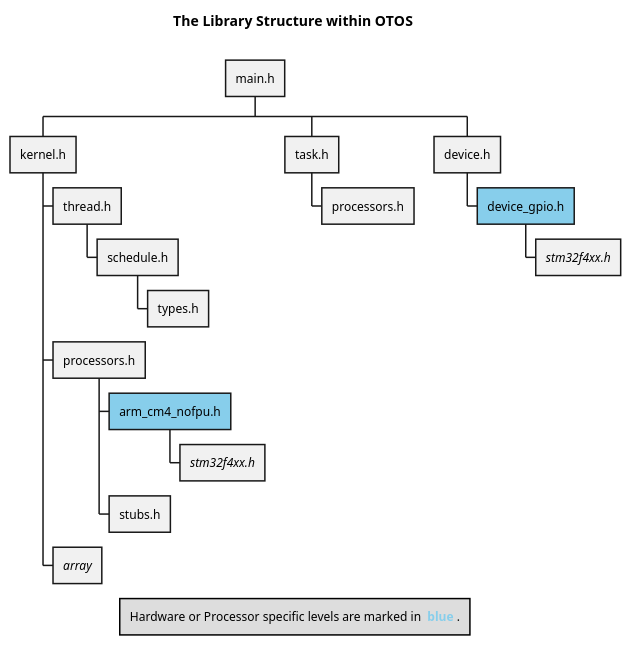
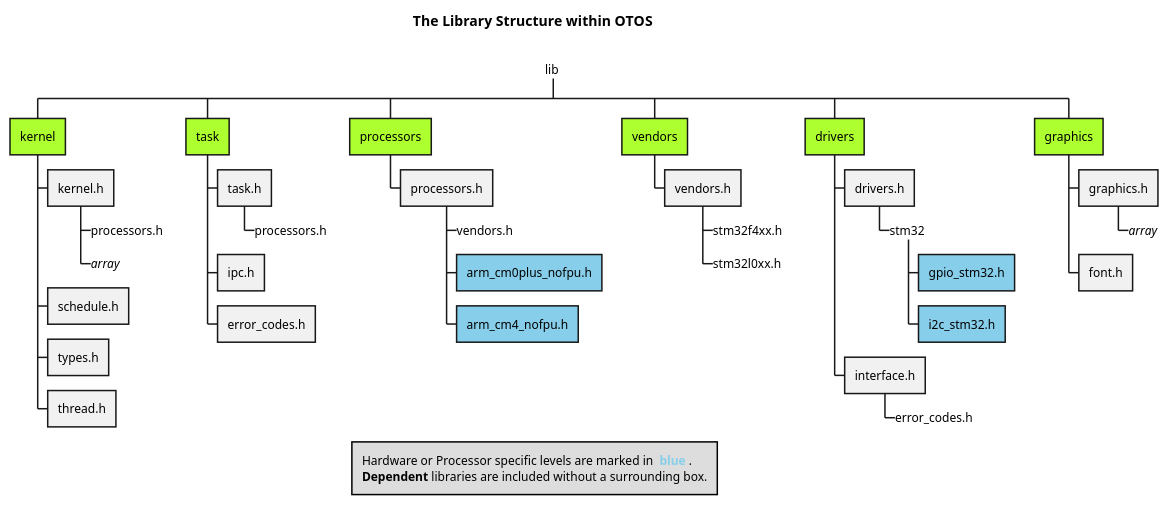
One commit to SebastianOberschwendtner/OTOS changed the diagram in doc/UML/WBS_LibStructure.puml. Above: the diagram before and after it, drawn with PlantUML.

Commit message:
:memo: Updates documentation on library structure.

```diff
--- a/doc/UML/WBS_LibStructure.puml
+++ b/doc/UML/WBS_LibStructure.puml
@@ -1,21 +1,51 @@
 @startwbs WBS_LibStructure
 title The Library Structure within **OTOS** \n
-legend Hardware or Processor specific levels are marked in **<color #SkyBlue> blue </color>**.
+legend Hardware or Processor specific levels are marked in **<color #SkyBlue> blue </color>**.\n<b>Dependent</b> libraries are included without a surrounding box.
 
-* main.h
-** kernel.h
+*_ lib
+
+' === Kernel ===
+**[#GreenYellow] kernel
+*** kernel.h
+****_ processors.h
+****_ //array//
+*** schedule.h
+*** types.h
 *** thread.h
-**** schedule.h
-***** types.h
+
+' === Task ===
+**[#GreenYellow] task
+*** task.h
+****_ processors.h
+*** ipc.h
+*** error_codes.h
+
+' === Processors ===
+**[#GreenYellow] processors
 *** processors.h
+****_ vendors.h
+****[#SkyBlue] arm_cm0plus_nofpu.h
 ****[#SkyBlue] arm_cm4_nofpu.h
-***** //stm32f4xx.h//
-**** stubs.h
-*** //array//
-** task.h
-*** processors.h
-** device.h
-***[#SkyBlue] device_gpio.h
-**** //stm32f4xx.h//
+
+' === Vendors ===
+**[#GreenYellow] vendors
+*** vendors.h
+****_ stm32f4xx.h
+****_ stm32l0xx.h
+
+' === Drivers ===
+**[#GreenYellow] drivers
+*** drivers.h
+****_ stm32
+*****[#SkyBlue] gpio_stm32.h
+*****[#SkyBlue] i2c_stm32.h
+*** interface.h
+****_ error_codes.h
+
+' === Graphics ===
+**[#GreenYellow] graphics
+*** graphics.h
+****_ //array//
+*** font.h
 
 @endwbs
```
